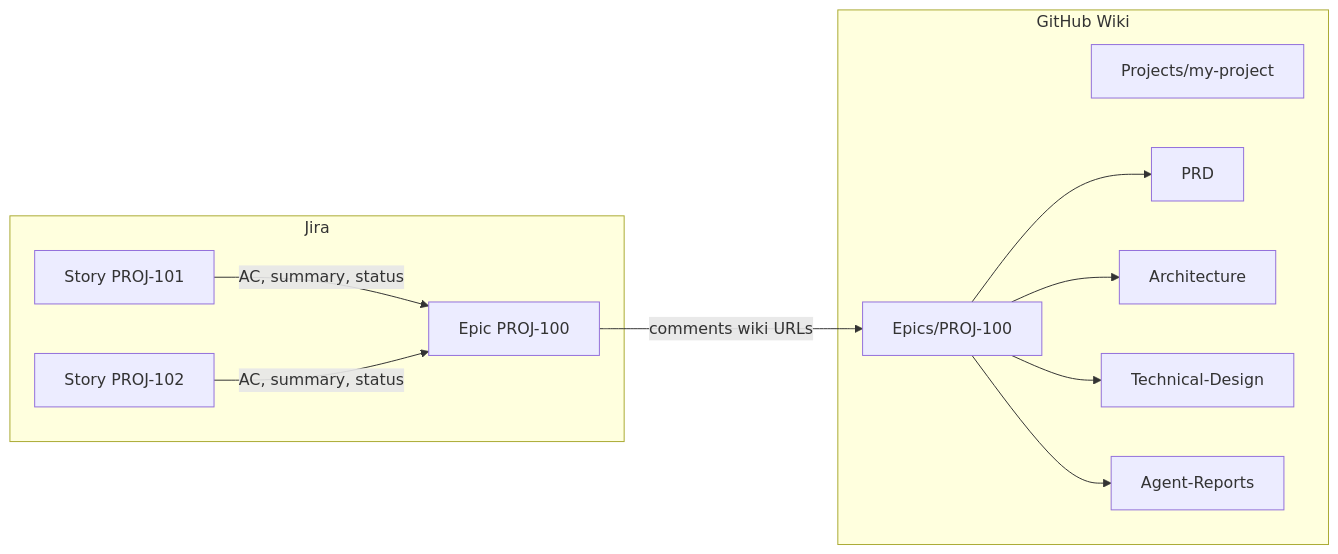
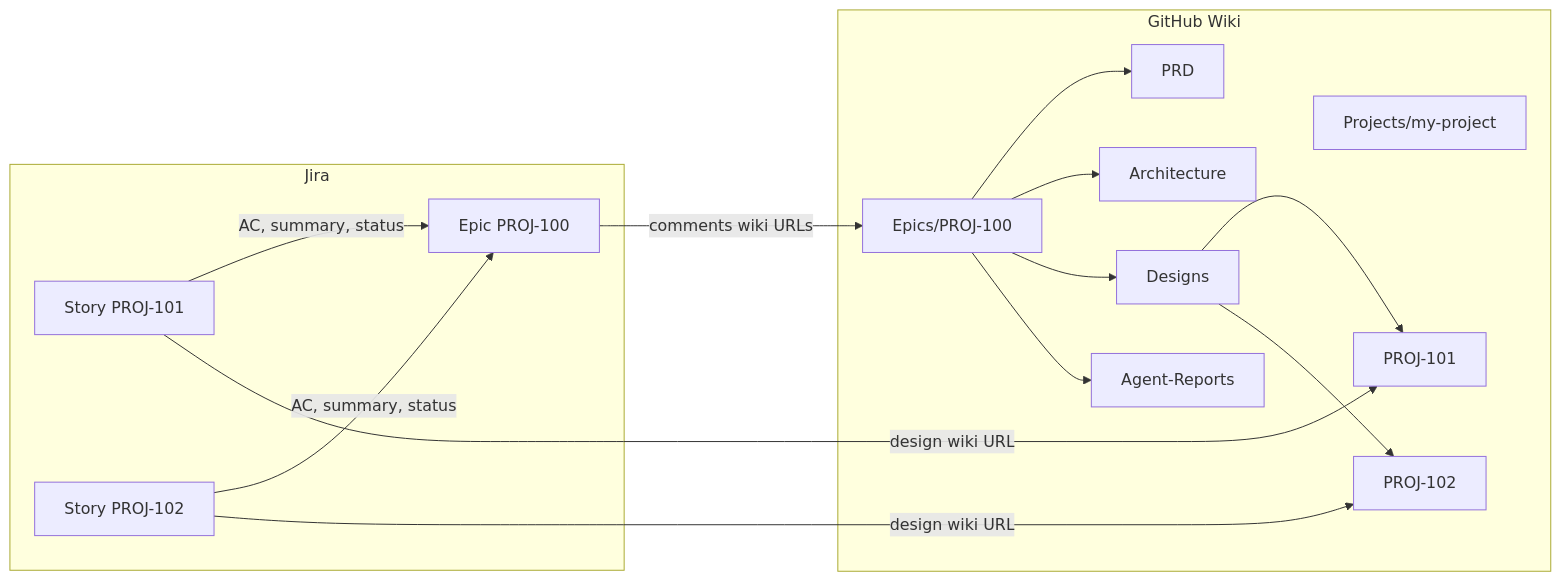
Before and after one commit to cpattanaik/agents: the diagram in .cursor/skills/wiki-integration.md, drawn with Mermaid. The commit also changed other lines of this file and 24 other files, not shown here.

````diff
--- a/.cursor/skills/wiki-integration.md
+++ b/.cursor/skills/wiki-integration.md
@@ -7,23 +7,29 @@
 ```mermaid
 flowchart LR
     subgraph jira [Jira]
         Epic[Epic PROJ-100]
         Story1[Story PROJ-101]
         Story2[Story PROJ-102]
     end
     subgraph wiki [GitHub Wiki]
         Project[Projects/my-project]
         EpicPages[Epics/PROJ-100]
         PRD[PRD]
         Arch[Architecture]
-        Design[Technical-Design]
+        Designs[Designs]
+        D101[PROJ-101]
+        D102[PROJ-102]
         Reports[Agent-Reports]
     end
     Epic -->|comments wiki URLs| EpicPages
     Story1 -->|AC, summary, status| Epic
     Story2 -->|AC, summary, status| Epic
+    Story1 -->|design wiki URL| D101
+    Story2 -->|design wiki URL| D102
     EpicPages --> PRD
     EpicPages --> Arch
-    EpicPages --> Design
+    EpicPages --> Designs
+    Designs --> D101
+    Designs --> D102
     EpicPages --> Reports
 ```
````
